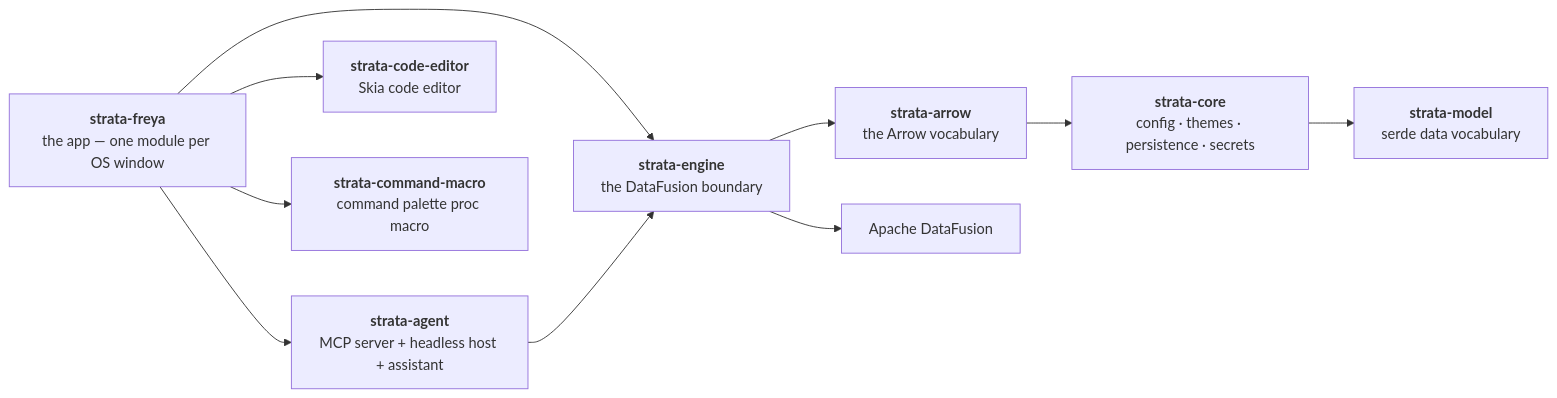
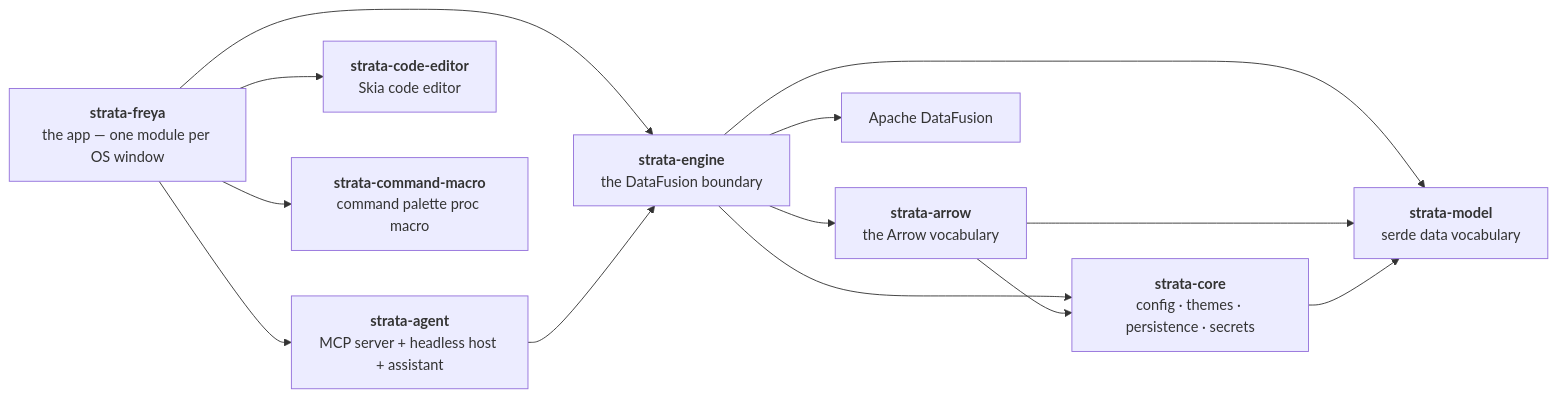
One commit to alexparlett/strata changed the diagram in AGENTS.md. Above: the diagram before and after it, drawn with Mermaid. The commit also changed other lines of this file and 1 other file, not shown here.

First line of the commit message:
The diagram draws every edge the engine still has

````diff
--- a/AGENTS.md
+++ b/AGENTS.md
@@ -14,22 +14,25 @@
 ```mermaid
 flowchart LR
     freya["<b>strata-freya</b><br/>the app — one module per OS window"]
     agent["<b>strata-agent</b><br/>MCP server + headless host + assistant"]
     engine["<b>strata-engine</b><br/>the DataFusion boundary"]
     arrow["<b>strata-arrow</b><br/>the Arrow vocabulary"]
     core["<b>strata-core</b><br/>config · themes · persistence · secrets"]
     model["<b>strata-model</b><br/>serde data vocabulary"]
     editor["<b>strata-code-editor</b><br/>Skia code editor"]
     macro_["<b>strata-command-macro</b><br/>command palette proc macro"]
     df["Apache DataFusion"]
 
     freya --> engine
     freya --> editor
     freya --> agent
     freya --> macro_
     agent --> engine
     engine --> arrow
+    engine --> core
+    engine --> model
     engine --> df
     arrow --> core
+    arrow --> model
     core --> model
 ```
````
